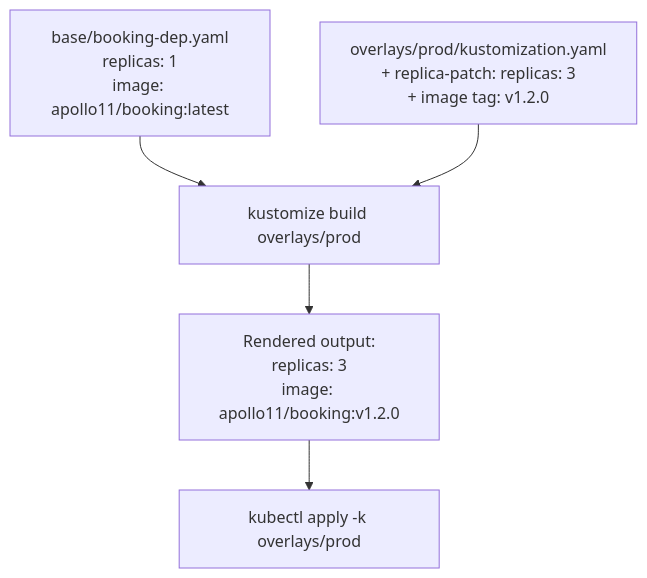
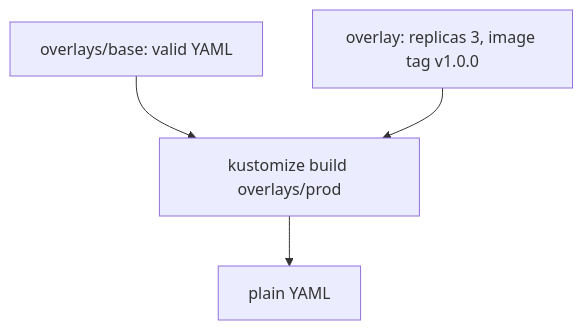
Before and after one commit to darshan-raul/apollo11-docs: the diagram in docs/learn/delivery/kustomize-comparison.md, drawn with Mermaid. The commit also changed other lines of this file and 55 other files, not shown here.

````diff
--- a/docs/learn/delivery/kustomize-comparison.md
+++ b/docs/learn/delivery/kustomize-comparison.md
@@ -16,7 +18,6 @@
-~~~mermaid
+```mermaid
 flowchart TD
-  Base["base/booking-dep.yaml\nreplicas: 1\nimage: apollo11/booking:latest"] --> KustEngine["kustomize build overlays/prod"]
-  Overlay["overlays/prod/kustomization.yaml\n+ replica-patch: replicas: 3\n+ image tag: v1.2.0"] --> KustEngine
-  KustEngine --> Result["Rendered output:\nreplicas: 3\nimage: apollo11/booking:v1.2.0"]
-  Result --> APIServer["kubectl apply -k overlays/prod"]
-~~~
+  Base[overlays/base: valid YAML] --> K[kustomize build overlays/prod]
+  Ov["overlay: replicas 3, image tag v1.0.0"] --> K
+  K --> Out[plain YAML]
+```
````
